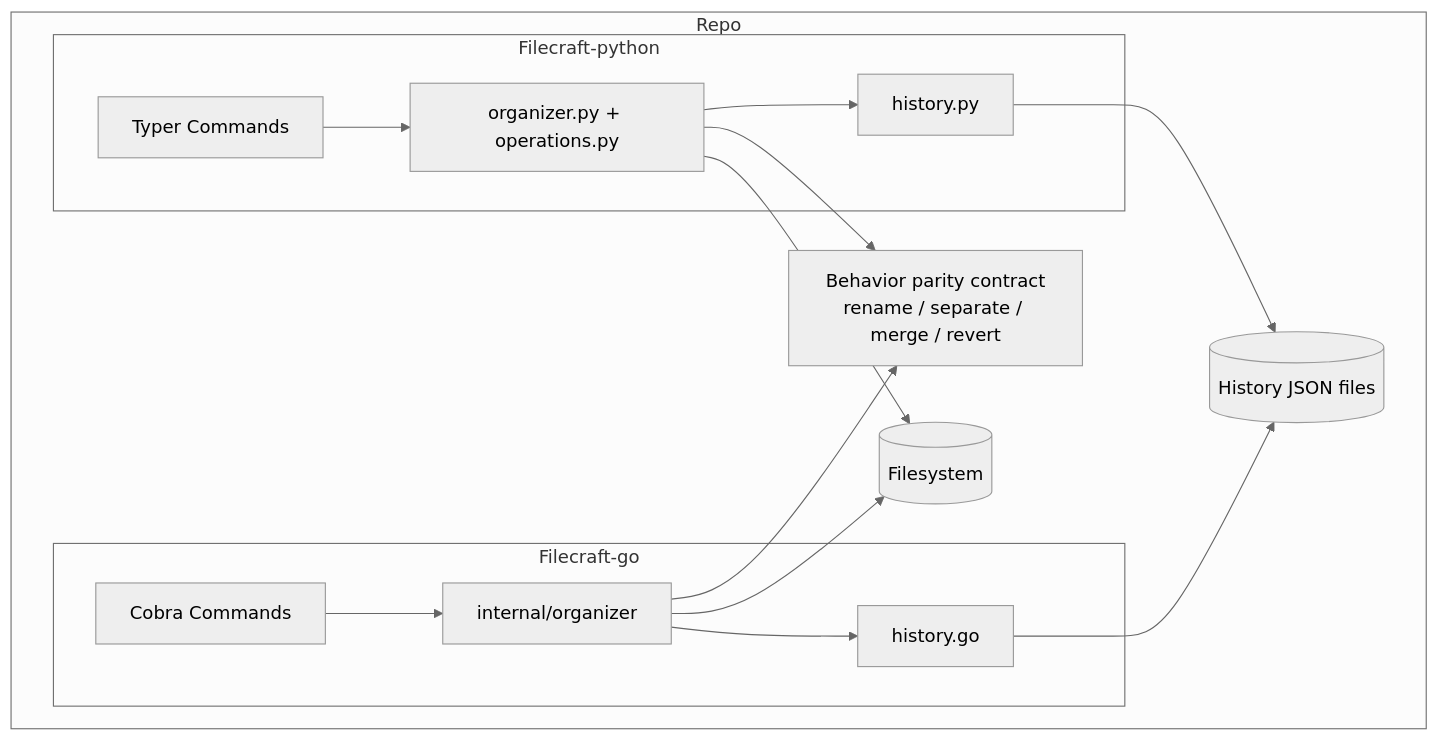
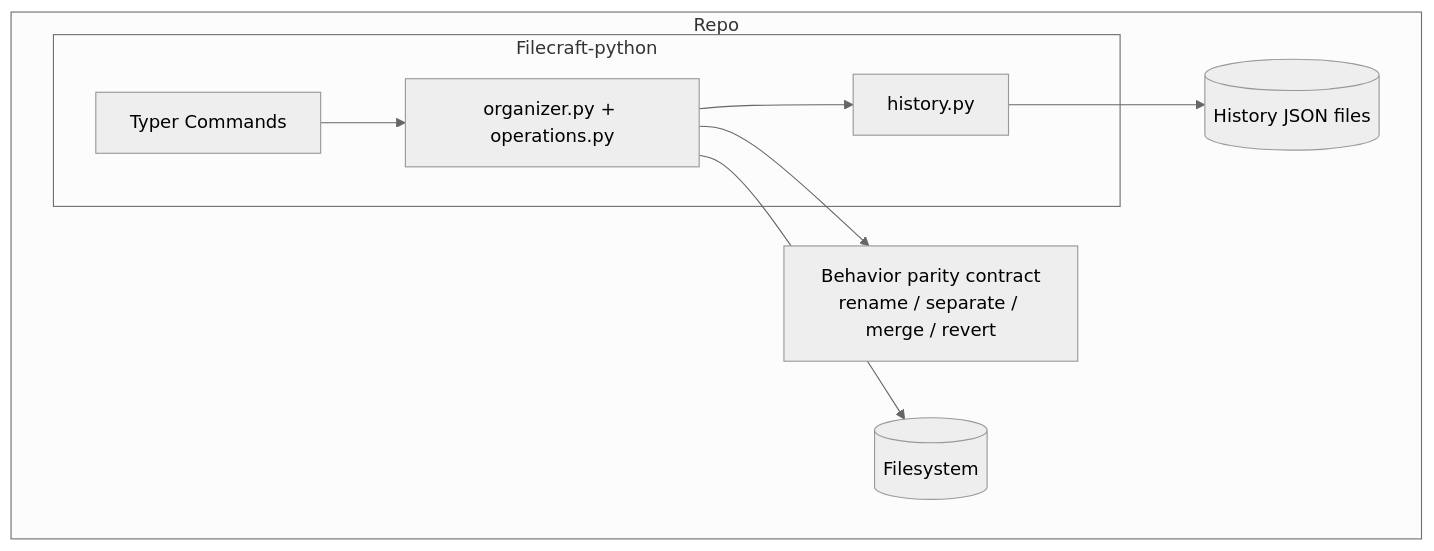
The diagram in docs/ARCHITECTURE.md (murtazapatel89100/Filecraft), drawn with Mermaid (neutral theme) before and after one commit. The commit also changed other lines of this file and 36 other files, not shown here.

````diff
--- a/docs/ARCHITECTURE.md
+++ b/docs/ARCHITECTURE.md
@@ -7,33 +7,22 @@
 ```mermaid
 flowchart TB
   subgraph Repo
     subgraph Python[Filecraft-python]
       PYCLI[Typer Commands]
       PYCORE[organizer.py + operations.py]
       PYHIST[history.py]
     end
 
-    subgraph Go[Filecraft-go]
-      GOCLI[Cobra Commands]
-      GOCORE[internal/organizer]
-      GOHIST[history.go]
-    end
-
     SHARED["Behavior parity contract<br/>rename / separate / merge / revert"]
     FS[(Filesystem)]
     HIST[(History JSON files)]
   end
 
   PYCLI --> PYCORE
   PYCORE --> PYHIST
-  GOCLI --> GOCORE
-  GOCORE --> GOHIST
 
   PYCORE --> SHARED
-  GOCORE --> SHARED
 
   PYCORE --> FS
-  GOCORE --> FS
   PYHIST --> HIST
-  GOHIST --> HIST
 ```
````
